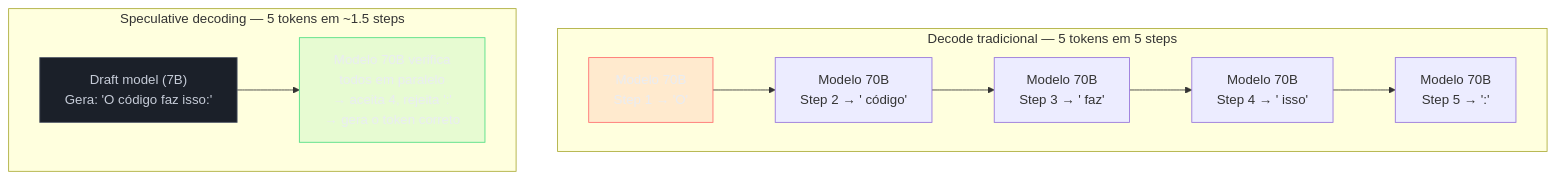
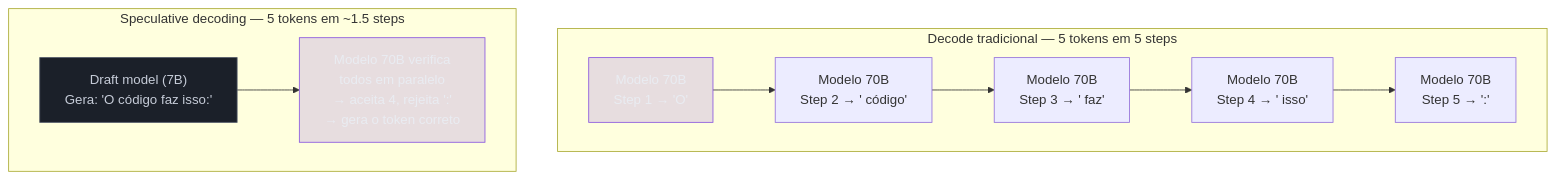
One commit to josenaldo/codex-technomanticus changed the fourth of 5 diagrams in 03-Dominios/Tecnologia/IA/Anatomia dos LLMs/14 - Streaming, batching e latência.md. Above: the diagram before and after it, drawn with Mermaid. The commit also changed other lines of this file and 601 other files, not shown here.

````diff
--- a/03-Dominios/Tecnologia/IA/Anatomia dos LLMs/14 - Streaming, batching e latência.md
+++ b/03-Dominios/Tecnologia/IA/Anatomia dos LLMs/14 - Streaming, batching e latência.md
@@ -145,22 +145,21 @@
 ```mermaid
 graph TD
-    classDef falha fill:#FF6B6B24,stroke:#FF6B6B,color:#E9ECF2
+    classDef marca fill:#8855DF33,stroke:#8855DF,color:#E9ECF2
     classDef neutro fill:#1B2029,stroke:#4E5666,color:#C6CCD8
-    classDef ok fill:#4ADE8021,stroke:#4ADE80,color:#E9ECF2
     subgraph "Decode tradicional — 5 tokens em 5 steps"
         M1["Modelo 70B\nStep 1 → 'O'"]
         M2["Modelo 70B\nStep 2 → ' código'"]
         M3["Modelo 70B\nStep 3 → ' faz'"]
         M4["Modelo 70B\nStep 4 → ' isso'"]
         M5["Modelo 70B\nStep 5 → ':'"]
         M1 --> M2 --> M3 --> M4 --> M5
     end
     subgraph "Speculative decoding — 5 tokens em ~1.5 steps"
         D1["Draft model (7B)\nGera: 'O código faz isso:'"]
         V1["Modelo 70B verifica\ntodos em paralelo\n→ aceita 4, rejeita ':'\n→ gera o token correto"]
         D1 --> V1
     end
-    class M1 falha
+    class M1 marca
     class D1 neutro
-    class V1 ok
+    class V1 marca
 ```
````
